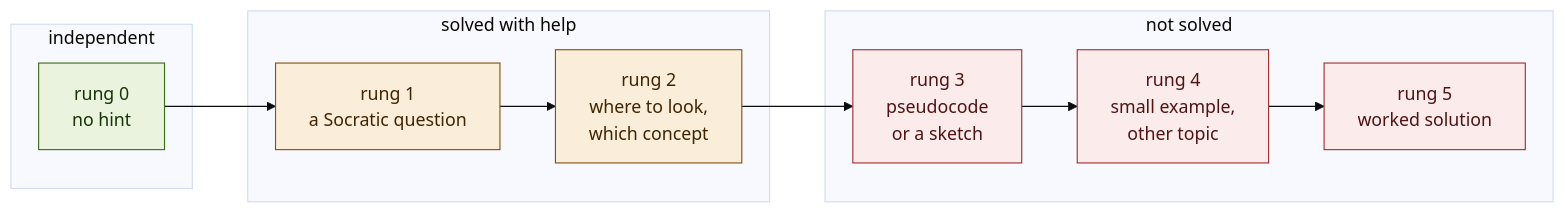
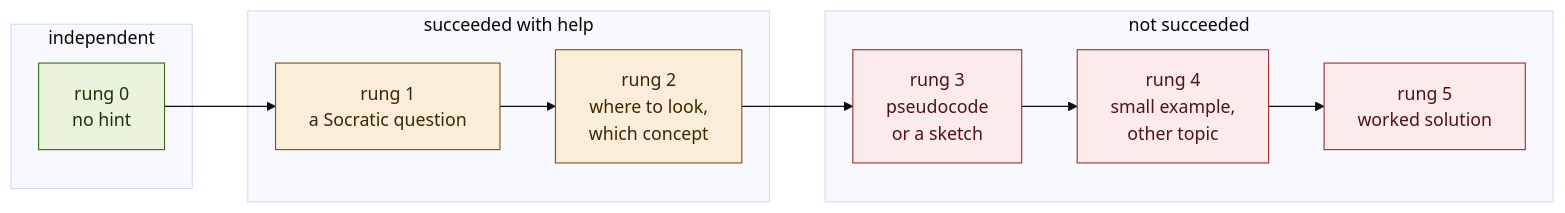
Before and after one commit to piethanegraaf/piethanegraaf.github.io: the third of 3 diagrams in docs/en/how-it-works.md, drawn with Mermaid (base theme). The commit also changed other lines of this file and 32 other files, not shown here.

````diff
--- a/docs/en/how-it-works.md
+++ b/docs/en/how-it-works.md
@@ -143,20 +147,20 @@
 ```mermaid
 flowchart LR
   subgraph G0["independent"]
     R0["rung 0<br/>no hint"]
   end
-  subgraph G1["solved with help"]
+  subgraph G1["succeeded with help"]
     R1["rung 1<br/>a Socratic question"] --> R2["rung 2<br/>where to look,<br/>which concept"]
   end
-  subgraph G2["not solved"]
+  subgraph G2["not succeeded"]
     R3["rung 3<br/>pseudocode<br/>or a sketch"] --> R4["rung 4<br/>small example,<br/>other topic"] --> R5["rung 5<br/>worked solution"]
   end
   R0 --> R1
   R2 --> R3
   classDef indep fill:#EAF3DE,stroke:#3B6D11,color:#173404
-  classDef solved fill:#FAEEDA,stroke:#854F0B,color:#412402
-  classDef notsolved fill:#FCEBEB,stroke:#A32D2D,color:#501313
+  classDef succeeded fill:#FAEEDA,stroke:#854F0B,color:#412402
+  classDef notsucceeded fill:#FCEBEB,stroke:#A32D2D,color:#501313
   class R0 indep
-  class R1,R2 solved
-  class R3,R4,R5 notsolved
+  class R1,R2 succeeded
+  class R3,R4,R5 notsucceeded
 ```
````
